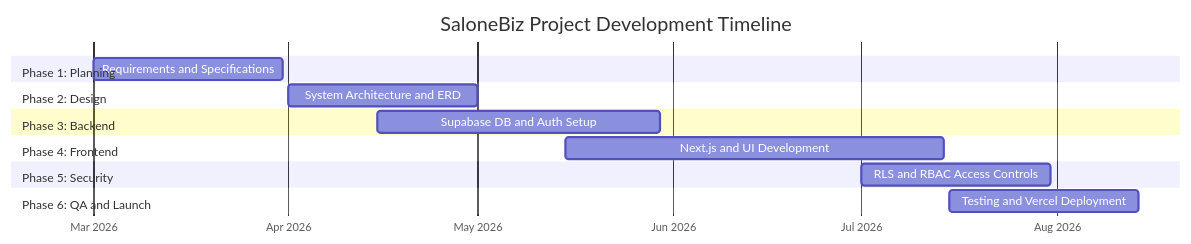
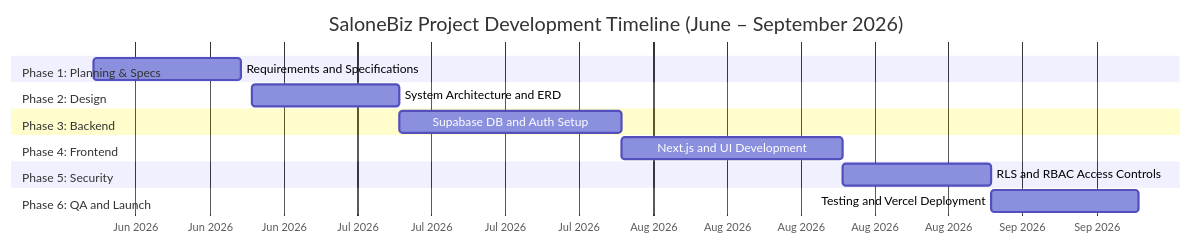
One commit to georgemacarthy701-blip/SaloneBiz changed the sixth of 8 diagrams in docs/PROJECT_SYNOPSIS.md. Above: the diagram before and after it, drawn with Mermaid. The commit also changed other lines of this file and 1 other file, not shown here.

Commit message:
Update project timeline schedule to June - September 2026

````diff
--- a/docs/PROJECT_SYNOPSIS.md
+++ b/docs/PROJECT_SYNOPSIS.md
@@ -234,18 +234,18 @@
 ```mermaid
 gantt
-    title SaloneBiz Project Development Timeline
+    title SaloneBiz Project Development Timeline (June – September 2026)
     dateFormat YYYY-MM-DD
     axisFormat %b %Y
-    section Phase 1: Planning
-        Requirements and Specifications :a1, 2026-03-01, 30d
+    section Phase 1: Planning & Specs
+        Requirements and Specifications :a1, 2026-06-10, 14d
     section Phase 2: Design
-        System Architecture and ERD     :a2, 2026-04-01, 30d
+        System Architecture and ERD     :a2, 2026-06-25, 14d
     section Phase 3: Backend
-        Supabase DB and Auth Setup      :a3, 2026-04-15, 45d
+        Supabase DB and Auth Setup      :a3, 2026-07-09, 21d
     section Phase 4: Frontend
-        Next.js and UI Development      :a4, 2026-05-15, 60d
+        Next.js and UI Development      :a4, 2026-07-30, 21d
     section Phase 5: Security
-        RLS and RBAC Access Controls    :a5, 2026-07-01, 30d
+        RLS and RBAC Access Controls    :a5, 2026-08-20, 14d
     section Phase 6: QA and Launch
-        Testing and Vercel Deployment   :a6, 2026-07-15, 30d
+        Testing and Vercel Deployment   :a6, 2026-09-03, 14d
 ```
````
